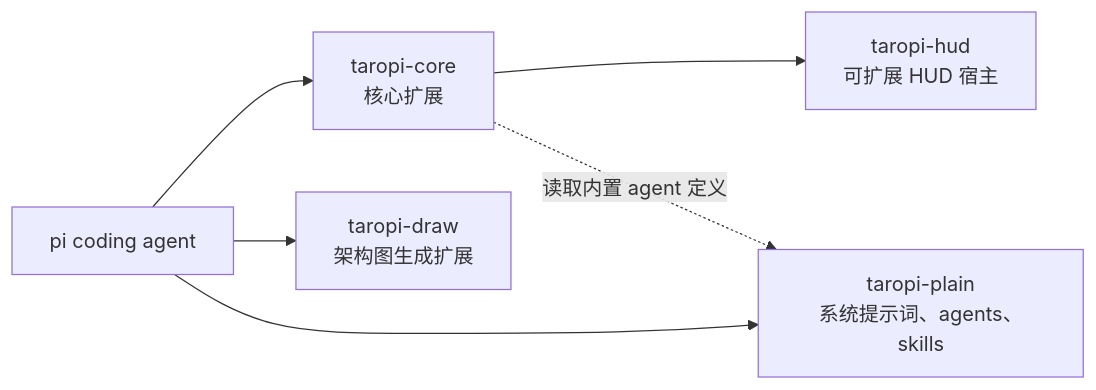
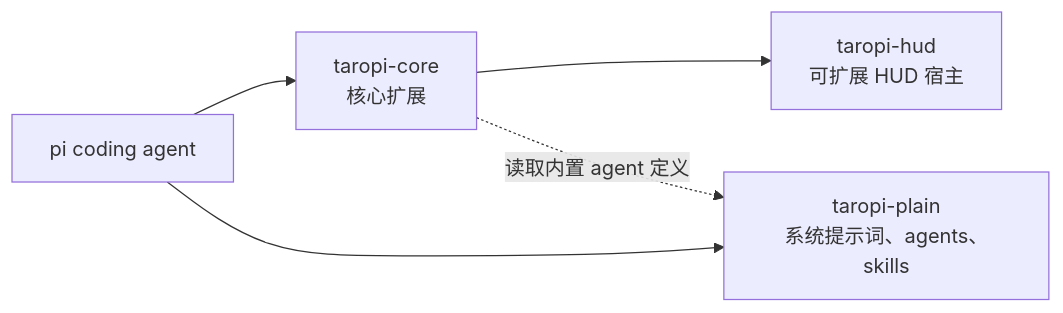
The diagram in README.md (Veni222987/TaroPi), drawn with Mermaid before and after one commit. The commit also changed other lines of this file and 22 other files, not shown here.

````diff
--- a/README.md
+++ b/README.md
@@ -9,14 +9,12 @@
 ```mermaid
 flowchart LR
   PI[pi coding agent]
   CORE[taropi-core\n核心扩展]
-  DRAW[taropi-draw\n架构图生成扩展]
   HUD[taropi-hud\n可扩展 HUD 宿主]
   PLAIN[taropi-plain\n系统提示词、agents、skills]
 
   PI --> CORE
-  PI --> DRAW
   PI --> PLAIN
   CORE --> HUD
   CORE -.读取内置 agent 定义.-> PLAIN
 ```
````
